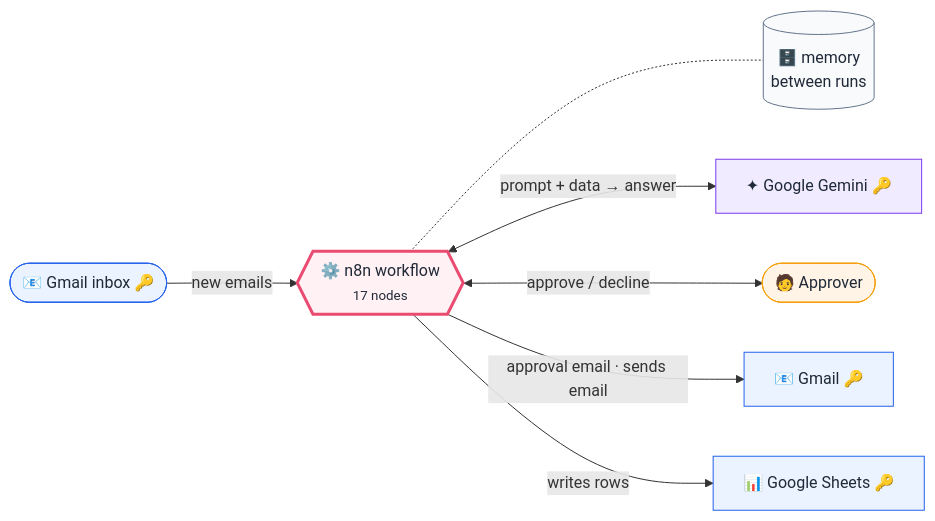
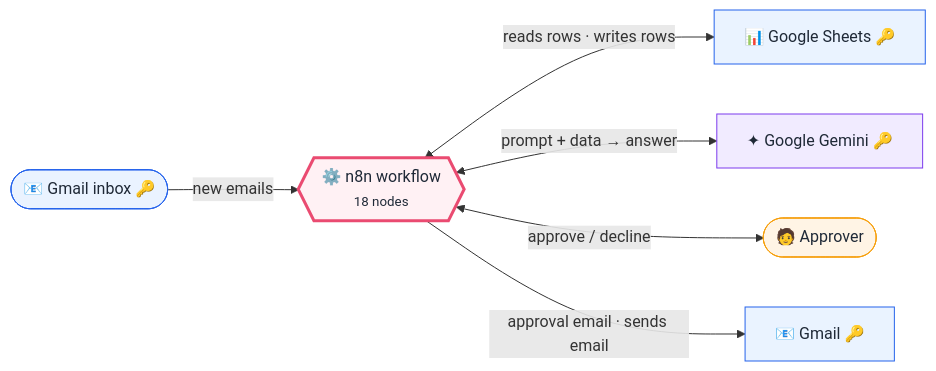
The first of 2 diagrams in workflows/P01-invoice-processing-pipeline/README.md (callme-siva/n8n-knowledge), drawn with Mermaid before and after one commit. The commit also changed other lines of this file and 118 other files, not shown here.

````diff
--- a/workflows/P01-invoice-processing-pipeline/README.md
+++ b/workflows/P01-invoice-processing-pipeline/README.md
@@ -35,23 +35,21 @@
 ```mermaid
 flowchart LR
   s0(["📧 Gmail inbox 🔑"]):::saas
-  core{{"⚙️ n8n workflow<br/><small>17 nodes</small>"}}:::n8n
-  state[("🗄️ memory<br/>between runs")]:::store
-  core -.- state
-  s1["✦ Google Gemini 🔑"]:::ai
-  s2(["🧑 Approver"]):::person
-  s3["📧 Gmail 🔑"]:::saas
-  s4["📊 Google Sheets 🔑"]:::saas
+  core{{"⚙️ n8n workflow<br/><small>18 nodes</small>"}}:::n8n
+  s1["📊 Google Sheets 🔑"]:::saas
+  s2["✦ Google Gemini 🔑"]:::ai
+  s3(["🧑 Approver"]):::person
+  s4["📧 Gmail 🔑"]:::saas
   s0 -->|"new emails"| core
-  core <-->|"prompt + data → answer"| s1
-  core <-->|"approve / decline"| s2
-  core -->|"approval email · sends email"| s3
-  core -->|"writes rows"| s4
+  core <-->|"reads rows · writes rows"| s1
+  core <-->|"prompt + data → answer"| s2
+  core <-->|"approve / decline"| s3
+  core -->|"approval email · sends email"| s4
   classDef person fill:#FFF4E5,stroke:#F59E0B,color:#1F2937
   classDef time fill:#E8F7EE,stroke:#2EA44F,color:#1F2937
   classDef saas fill:#EAF3FF,stroke:#2563EB,color:#1F2937
   classDef ai fill:#F1EBFF,stroke:#7C3AED,color:#1F2937
   classDef ext fill:#E6FAF8,stroke:#0D9488,color:#1F2937
   classDef n8n fill:#FFF1F4,stroke:#EA4B71,stroke-width:3px,color:#1F2937
   classDef store fill:#F8FAFC,stroke:#64748B,color:#1F2937
 ```
````
